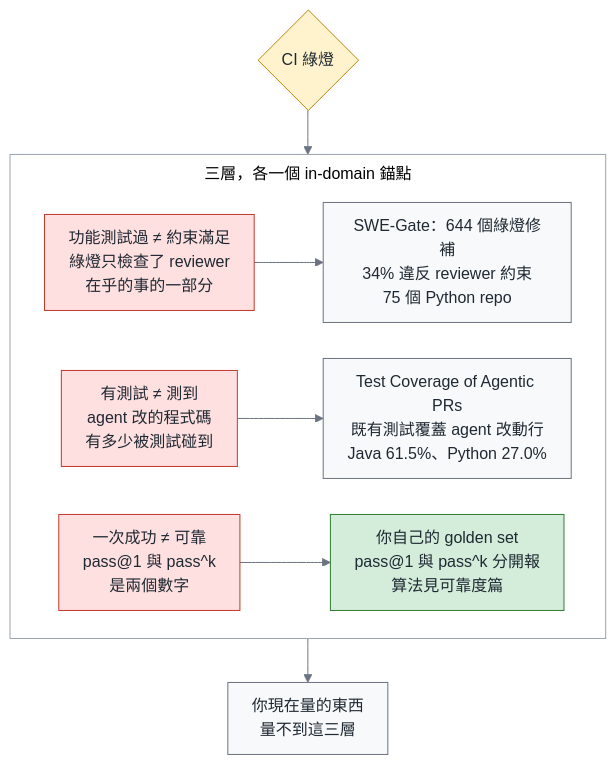
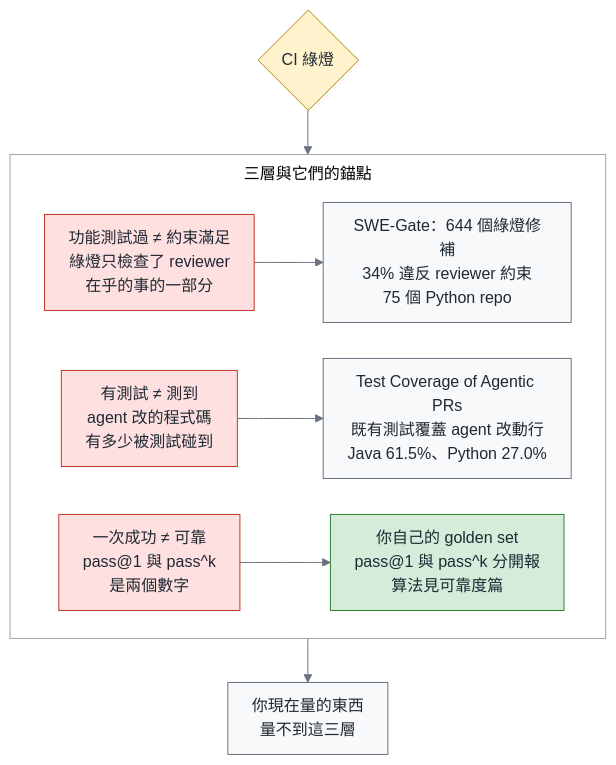
Before and after one commit to fantasybz/medium-articles: the second of 10 diagrams in 2026-10-green-overview/article.md, drawn with Mermaid. The commit also changed 13 other files, not shown here.

First line of the commit message:
可靠度篇開場交代 34% 的來由，總論那張圖的標題改成成立的說法 (#11)

````diff
--- a/2026-10-green-overview/article.md
+++ b/2026-10-green-overview/article.md
@@ -143,43 +143,43 @@
 ```mermaid
 ---
 config:
   theme: base
   themeVariables:
     fontSize: 16px
     primaryColor: "#f8f9fa"
     primaryTextColor: "#1f2933"
     primaryBorderColor: "#6b7280"
     lineColor: "#6b7280"
     secondaryColor: "#f8f9fa"
     tertiaryColor: "#ffffff"
     clusterBkg: "#ffffff"
     clusterBorder: "#9ca3af"
     edgeLabelBackground: "#ffffff"
   flowchart:
     nodeSpacing: 36
     rankSpacing: 44
     padding: 12
     htmlLabels: true
     subGraphTitleMargin:
       top: 8
       bottom: 12
     curve: basis
 ---
 flowchart TB
     classDef own fill:#d4edda,stroke:#2e7d32,color:#1f2933
     classDef buy fill:#fff3cd,stroke:#b8860b,color:#1f2933
     classDef bad fill:#ffe0e0,stroke:#c0392b,color:#1f2933
     classDef human fill:#e3f2fd,stroke:#1565c0,color:#1f2933
     G{"CI 綠燈"}
-    subgraph layers["三層，各一個 in-domain 錨點"]
+    subgraph layers["三層與它們的錨點"]
         direction LR
         L1["功能測試過 ≠ 約束滿足<br/>綠燈只檢查了 reviewer<br/>在乎的事的一部分"] --> S1["SWE-Gate：644 個綠燈修補<br/>34% 違反 reviewer 約束<br/>75 個 Python repo"]
         L2["有測試 ≠ 測到<br/>agent 改的程式碼<br/>有多少被測試碰到"] --> S2["Test Coverage of Agentic PRs<br/>既有測試覆蓋 agent 改動行<br/>Java 61.5%、Python 27.0%"]
         L3["一次成功 ≠ 可靠<br/>pass@1 與 pass^k<br/>是兩個數字"] --> S3["你自己的 golden set<br/>pass@1 與 pass^k 分開報<br/>算法見可靠度篇"]
     end
     G --> layers
     layers --> C["你現在量的東西<br/>量不到這三層"]
     class G buy
     class L1,L2,L3 bad
     class S3 own
 ```
````
